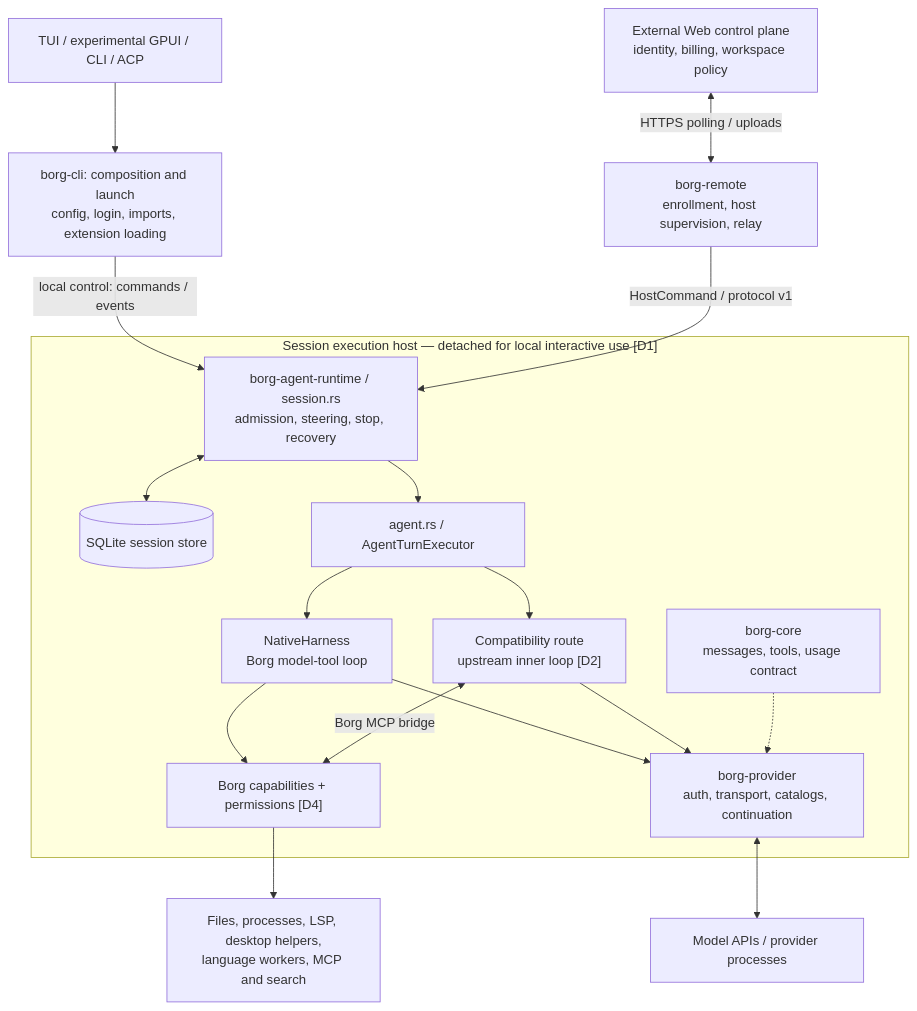
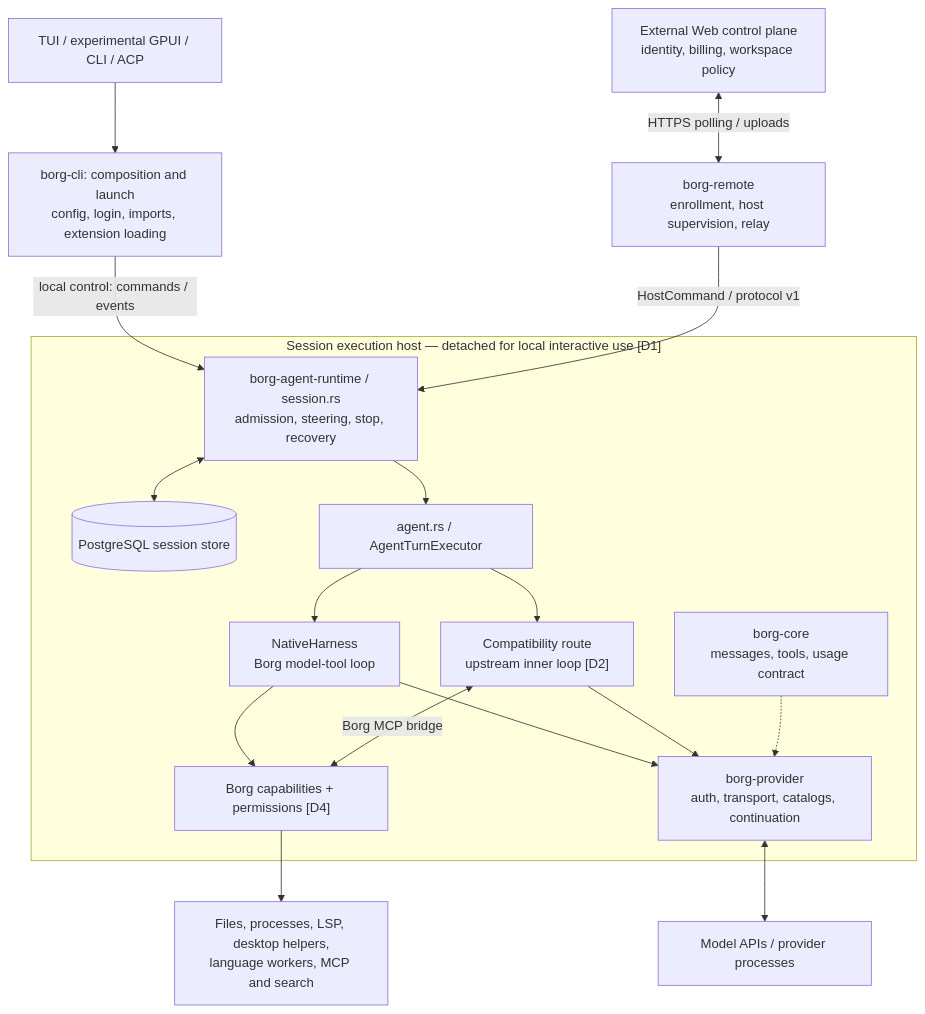
One commit to borg-ml/agent changed the first of 4 diagrams in docs/architecture.md. Above: the diagram before and after it, drawn with Mermaid. The commit also changed other lines of this file and 9 other files, not shown here.

````diff
--- a/docs/architecture.md
+++ b/docs/architecture.md
@@ -13,21 +13,21 @@
 ```mermaid
 flowchart TB
     UI["TUI / experimental GPUI / CLI / ACP"] --> Boot["borg-cli: composition and launch<br/>config, login, imports, extension loading"]
     Boot -->|"local control: commands / events"| Session
     Web["External Web control plane<br/>identity, billing, workspace policy"] <-->|"HTTPS polling / uploads"| Remote["borg-remote<br/>enrollment, host supervision, relay"]
     Remote -->|"HostCommand / protocol v1"| Session
     subgraph Host["Session execution host — detached for local interactive use [D1]"]
         Session["borg-agent-runtime / session.rs<br/>admission, steering, stop, recovery"]
-        Session <--> DB[("SQLite session store")]
+        Session <--> DB[("PostgreSQL session store")]
         Session --> Exec["agent.rs / AgentTurnExecutor"]
         Exec --> Native["NativeHarness<br/>Borg model-tool loop"]
         Exec --> Compat["Compatibility route<br/>upstream inner loop [D2]"]
         Native --> Tools["Borg capabilities + permissions [D4]"]
         Compat <-->|"Borg MCP bridge"| Tools
         Native --> Provider["borg-provider<br/>auth, transport, catalogs, continuation"]
         Compat --> Provider
         Core["borg-core<br/>messages, tools, usage contract"] -.-> Provider
     end
     Provider <--> Models["Model APIs / provider processes"]
     Tools --> OS["Files, processes, LSP, desktop helpers,<br/>language workers, MCP and search"]
 ```
````
